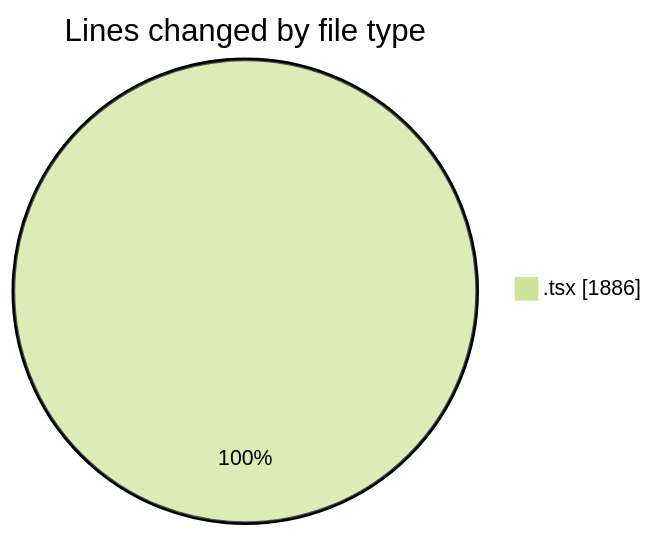
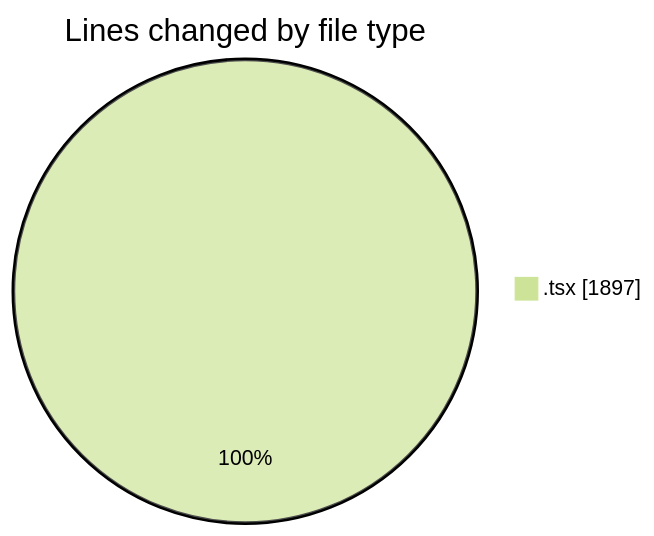
One commit to nxtqubesakshisongat/code-tracking changed the first of 2 diagrams in 2026-05-14/nxtqube_webapp/README.md. Above: the diagram before and after it, drawn with Mermaid (forest theme). The commit also changed other lines of this file and 1 other file, not shown here.

````diff
--- a/2026-05-14/nxtqube_webapp/README.md
+++ b/2026-05-14/nxtqube_webapp/README.md
@@ -21,5 +21,5 @@
 ```mermaid
 pie showData
 title Lines changed by file type
-".tsx" : 1886
+".tsx" : 1897
 ```
````
